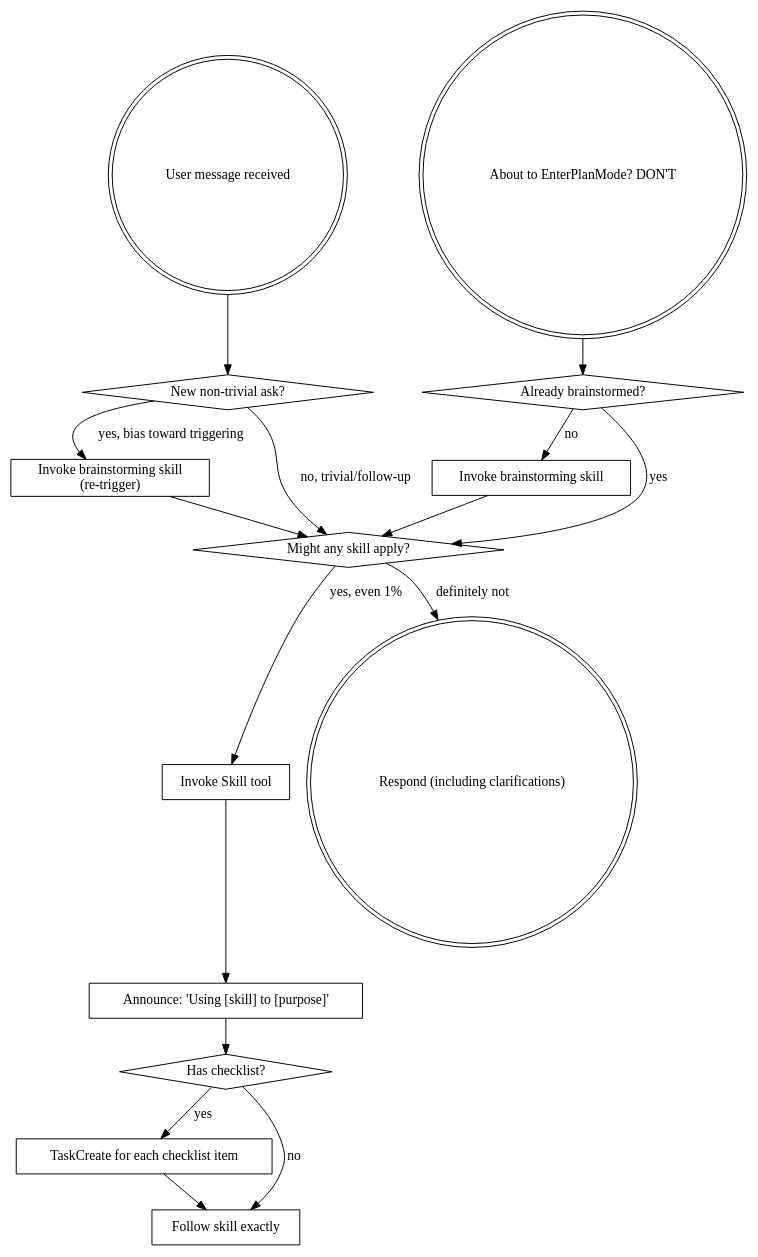
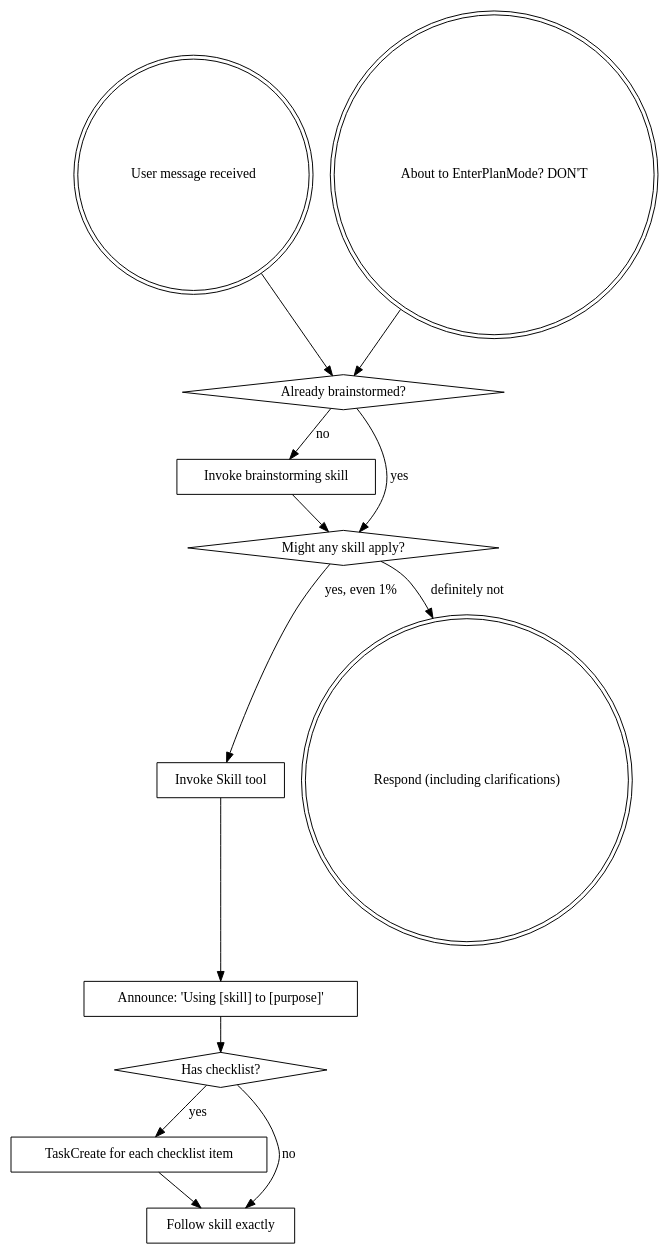
The diagram in skills/using-superpowers/SKILL.md (chrisbobrowitz/superpowers), drawn with Graphviz before and after one commit. The commit also changed other lines of this file and 17 other files, not shown here.

````diff
--- a/skills/using-superpowers/SKILL.md
+++ b/skills/using-superpowers/SKILL.md
@@ -90,34 +71,29 @@
 ```dot
 digraph skill_flow {
     "User message received" [shape=doublecircle];
     "About to EnterPlanMode? DON'T" [shape=doublecircle];
-    "New non-trivial ask?" [shape=diamond];
-    "Invoke brainstorming skill\n(re-trigger)" [shape=box];
     "Already brainstormed?" [shape=diamond];
     "Invoke brainstorming skill" [shape=box];
     "Might any skill apply?" [shape=diamond];
     "Invoke Skill tool" [shape=box];
     "Announce: 'Using [skill] to [purpose]'" [shape=box];
     "Has checklist?" [shape=diamond];
     "TaskCreate for each checklist item" [shape=box];
     "Follow skill exactly" [shape=box];
     "Respond (including clarifications)" [shape=doublecircle];
 
     "About to EnterPlanMode? DON'T" -> "Already brainstormed?";
     "Already brainstormed?" -> "Invoke brainstorming skill" [label="no"];
     "Already brainstormed?" -> "Might any skill apply?" [label="yes"];
     "Invoke brainstorming skill" -> "Might any skill apply?";
 
-    "User message received" -> "New non-trivial ask?";
-    "New non-trivial ask?" -> "Invoke brainstorming skill\n(re-trigger)" [label="yes, bias toward triggering"];
-    "New non-trivial ask?" -> "Might any skill apply?" [label="no, trivial/follow-up"];
-    "Invoke brainstorming skill\n(re-trigger)" -> "Might any skill apply?";
+    "User message received" -> "Already brainstormed?";
     "Might any skill apply?" -> "Invoke Skill tool" [label="yes, even 1%"];
     "Might any skill apply?" -> "Respond (including clarifications)" [label="definitely not"];
     "Invoke Skill tool" -> "Announce: 'Using [skill] to [purpose]'";
     "Announce: 'Using [skill] to [purpose]'" -> "Has checklist?";
     "Has checklist?" -> "TaskCreate for each checklist item" [label="yes"];
     "Has checklist?" -> "Follow skill exactly" [label="no"];
     "TaskCreate for each checklist item" -> "Follow skill exactly";
 }
 ```
````
